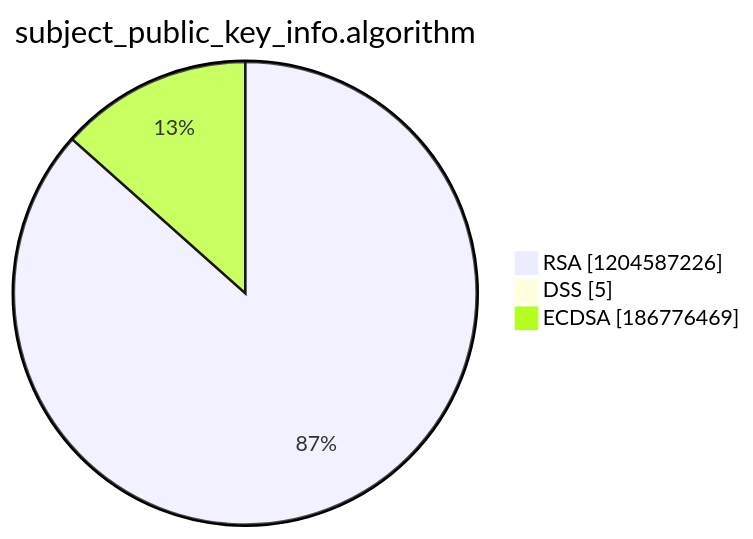
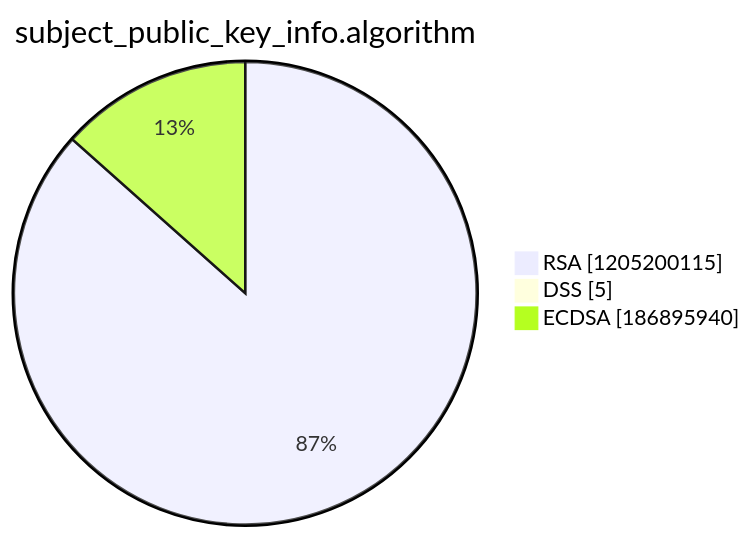
Before and after one commit to christiankrug/ctmonitor_visualization: the third of 15 diagrams in argon2022/README.md, drawn with Mermaid. The commit also changed other lines of this file, not shown here.

````diff
--- a/argon2022/README.md
+++ b/argon2022/README.md
@@ -14,7 +14,7 @@
 ```mermaid
 pie showData
 title subject_public_key_info.algorithm
-"RSA" :1204587226
+"RSA" :1205200115
 "DSS" :5
-"ECDSA" :186776469
+"ECDSA" :186895940
 ```
````
